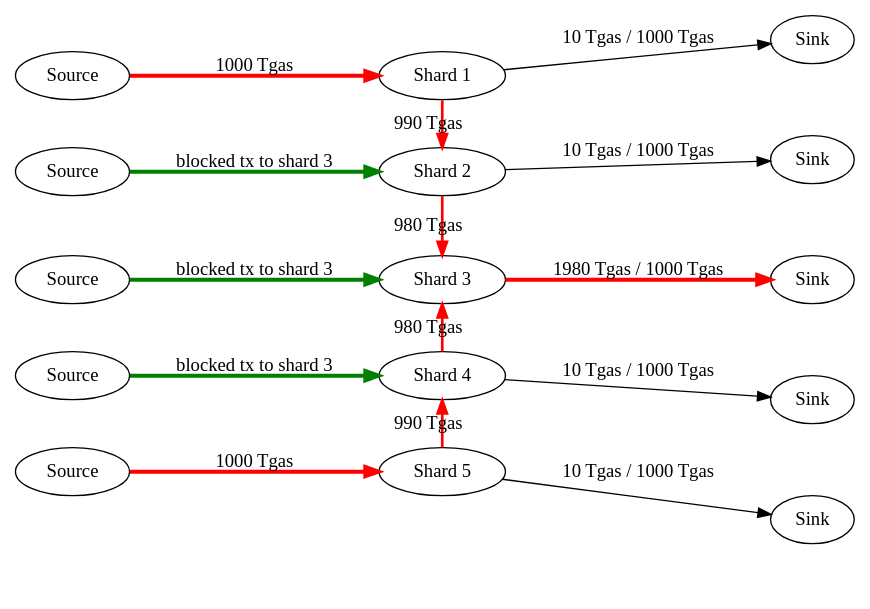
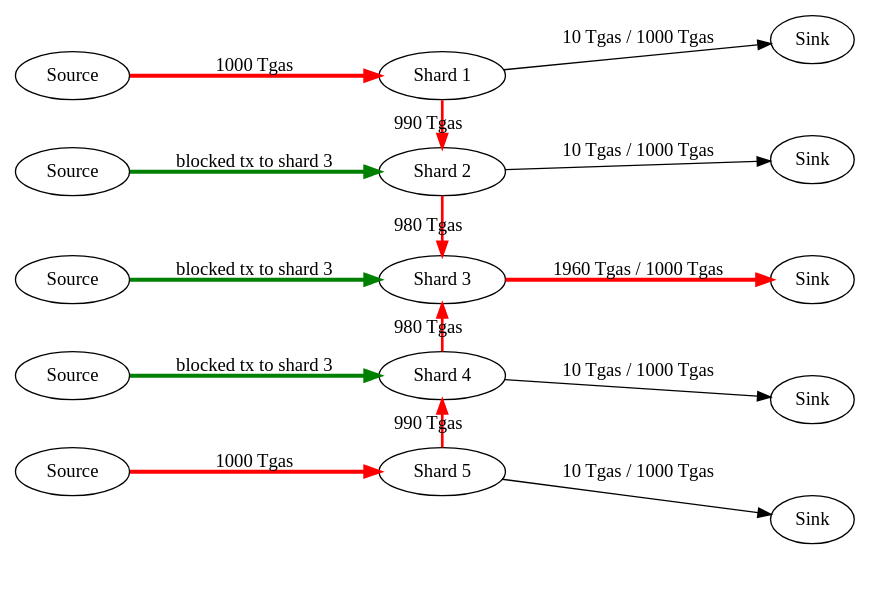
One commit to near/nearcore changed the diagram in docs/images/congestion/receipt_flow_example_2.dot. Above: the diagram before and after it, drawn with Graphviz. The commit also changed 6 other files, not shown here.

```diff
--- a/docs/images/congestion/receipt_flow_example_2.dot
+++ b/docs/images/congestion/receipt_flow_example_2.dot
@@ -1,115 +1,115 @@
 digraph G {
     rankdir=LR;
 
     // Invisible nodes for alignment
     {
         node [shape=point, width=0, height=0, label=""];
         invisible_sink1;
         invisible_sink2;
         invisible_sink3;
         invisible_sink4;
         invisible_sink5;
     }
 
     // Nodes
     subgraph cluster_shard1 {
         label = "Shard 1";
         style=filled;
         color=lightgrey;
         node [shape=ellipse];
 
         Source1 [label="Source"];
         Shard1 [label="Shard 1"];
         Sink1 [label="Sink"];
 
         Sink1 -> invisible_sink1 [style=invis];
     }
 
     subgraph cluster_shard2 {
         label = "Shard 2";
         style=filled;
         color=lightgrey;
         node [shape=ellipse];
 
         Source2 [label="Source"];
         Shard2 [label="Shard 2"];
         Sink2 [label="Sink"];
 
         invisible_sink1 -> invisible_sink2 [style=invis];
         Source1 -> Source2 [style=invis];
         Sink2 -> invisible_sink2 [style=invis];
     }
 
     subgraph cluster_shard3 {
         label = "Shard 3";
         style=filled;
         color=lightgrey;
         node [shape=ellipse];
 
         Source3 [label="Source"];
         Shard3 [label="Shard 3"];
         Sink3 [label="Sink"];
 
         invisible_sink2 -> invisible_sink3 [style=invis];
         Source2 -> Source3 [style=invis];
         Sink3 -> invisible_sink3 [style=invis];
     }
 
     subgraph cluster_shard4 {
         label = "Shard 4";
         style=filled;
         color=lightgrey;
         node [shape=ellipse];
 
         Source4 [label="Source"];
         Shard4 [label="Shard 4"];
         Sink4 [label="Sink"];
 
         invisible_sink3 -> invisible_sink4 [style=invis];
         Source3 -> Source4 [style=invis];
         Shard3 -> Shard4 [style=invis];
         Sink4 -> invisible_sink4 [style=invis];
     }
 
     subgraph cluster_shard5 {
         label = "Shard 5";
         style=filled;
         color=lightgrey;
         node [shape=ellipse];
 
         Source5 [label="Source"];
         Shard5 [label="Shard 5"];
         Sink5 [label="Sink"];
 
         invisible_sink4 -> invisible_sink5 [style=invis];
         Source4 -> Source5 [style=invis];
         Shard4 -> Shard5 [style=invis];
         Sink5 -> invisible_sink5 [style=invis];
     }
 
     // Edges
     Source1 -> Shard1 [label="1000 Tgas" color="red" penwidth=3];
     Source2 -> Shard2 [label="blocked tx to shard 3" color="green" penwidth=3];
     Source3 -> Shard3 [label="blocked tx to shard 3" color="green" penwidth=3];
     Source4 -> Shard4 [label="blocked tx to shard 3" color="green" penwidth=3];
     Source5 -> Shard5 [label="1000 Tgas" color="red" penwidth=3];
 
     Shard1 -> Sink1 [label="10 Tgas / 1000 Tgas"];
     Shard2 -> Sink2 [label="10 Tgas / 1000 Tgas"];
-    Shard3 -> Sink3 [label="1980 Tgas / 1000 Tgas" color="red" penwidth=3];
+    Shard3 -> Sink3 [label="1960 Tgas / 1000 Tgas" color="red" penwidth=3];
     Shard4 -> Sink4 [label="10 Tgas / 1000 Tgas"];
     Shard5 -> Sink5 [label="10 Tgas / 1000 Tgas"];
 
 
     Shard1 -> Shard2 [label="990 Tgas" color="red" penwidth=2];
     Shard2 -> Shard3 [label="980 Tgas" color="red" penwidth=2];
     Shard4 -> Shard3 [label="980 Tgas" color="red" penwidth=2];
     Shard5 -> Shard4 [label="990 Tgas" color="red" penwidth=2];
 
 
 
     // Aligning subgraphs
     {rank=same; Source1; Source2; Source3; Source4; Source5;}
     {rank=same; Shard1; Shard2; Shard3; Shard4; Shard5;}
     {rank=same; Sink1; Sink2; Sink3; Sink4; Sink5; invisible_sink1; invisible_sink2; invisible_sink3; invisible_sink4; invisible_sink5;}
 }
```
